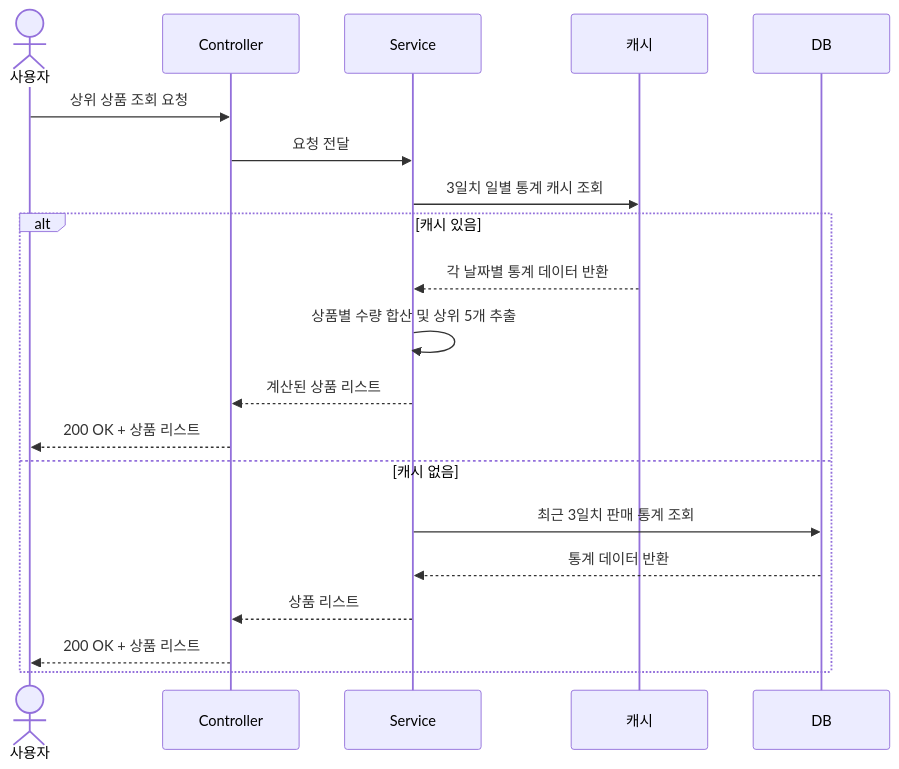
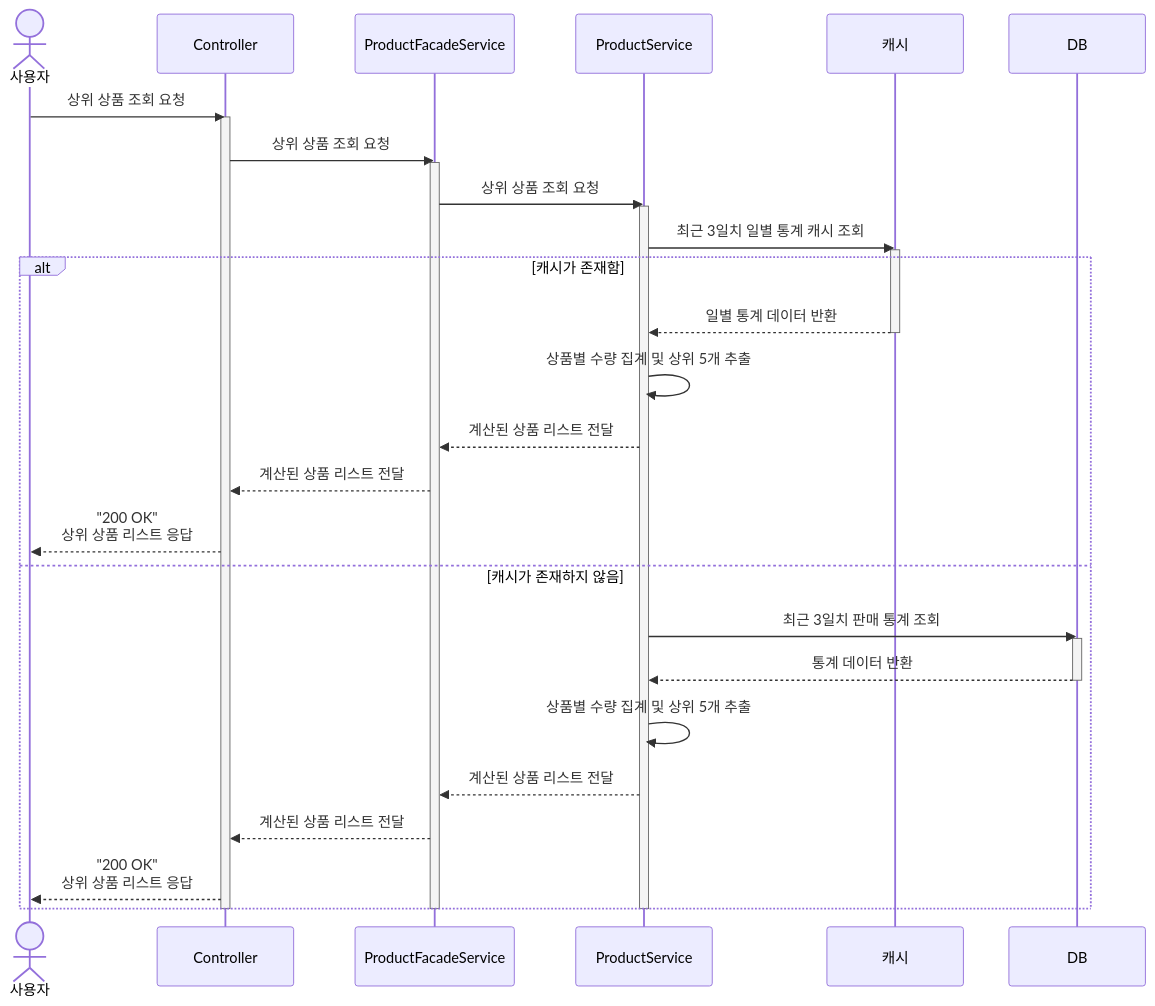
One commit to maengjjin/hhplus-service changed the seventh of 8 diagrams in docs/SequenceDiagram.md. Above: the diagram before and after it, drawn with Mermaid. The commit also changed other lines of this file, not shown here.

Commit message:
- 시퀀스 다이어그램 수정 (Actor 추가 및 파사드 패턴 반영) close #4

````diff
--- a/docs/SequenceDiagram.md
+++ b/docs/SequenceDiagram.md
@@ -214,24 +349,44 @@
 ```mermaid
 sequenceDiagram
     actor User as 사용자
     participant Controller
-    participant Service
+    participant ProductFacadeService
+    participant ProductService
     participant Redis as 캐시
     participant DB
 
     User ->> Controller: 상위 상품 조회 요청
-    Controller ->> Service: 요청 전달
-    Service ->> Redis: 3일치 일별 통계 캐시 조회
+    activate Controller
 
-    alt 캐시 있음
-        Redis -->> Service: 각 날짜별 통계 데이터 반환
-        Service ->> Service: 상품별 수량 합산 및 상위 5개 추출
-        Service -->> Controller: 계산된 상품 리스트
-        Controller -->> User: 200 OK + 상품 리스트
-    else 캐시 없음
-        Service ->> DB: 최근 3일치 판매 통계 조회
-        DB -->> Service: 통계 데이터 반환
-        Service -->> Controller: 상품 리스트
-        Controller -->> User: 200 OK + 상품 리스트
+    Controller ->> ProductFacadeService: 상위 상품 조회 요청
+    activate ProductFacadeService
+
+    ProductFacadeService ->> ProductService: 상위 상품 조회 요청
+    activate ProductService
+
+    ProductService ->> Redis: 최근 3일치 일별 통계 캐시 조회
+    activate Redis
+
+    alt 캐시가 존재함
+        Redis -->> ProductService: 일별 통계 데이터 반환
+        deactivate Redis
+        ProductService ->> ProductService: 상품별 수량 집계 및 상위 5개 추출
+        ProductService -->> ProductFacadeService: 계산된 상품 리스트 전달
+        ProductFacadeService -->> Controller: 계산된 상품 리스트 전달
+        Controller -->> User: "200 OK"<br>상위 상품 리스트 응답
+    else 캐시가 존재하지 않음
+        ProductService ->> DB: 최근 3일치 판매 통계 조회
+        activate DB
+        DB -->> ProductService: 통계 데이터 반환
+        deactivate DB
+
+        ProductService ->> ProductService: 상품별 수량 집계 및 상위 5개 추출
+        ProductService -->> ProductFacadeService: 계산된 상품 리스트 전달
+        ProductFacadeService -->> Controller: 계산된 상품 리스트 전달
+        Controller -->> User: "200 OK"<br>상위 상품 리스트 응답
     end
+
+    deactivate ProductService
+    deactivate ProductFacadeService
+    deactivate Controller
 ```
````
